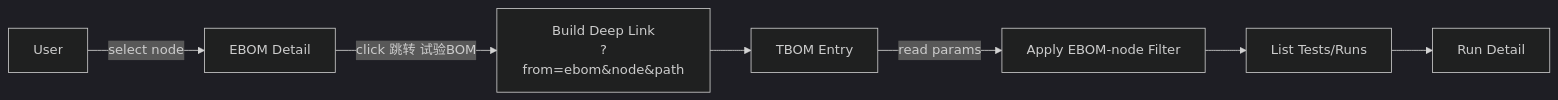
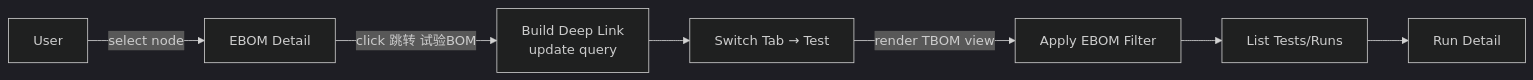
Before and after one commit to DuanDuanPan/CDM-DC: the fifth of 6 diagrams in docs/front-end-spec.md, drawn with Mermaid (dark theme). The commit also changed other lines of this file and 24 other files, not shown here.

````diff
--- a/docs/front-end-spec.md
+++ b/docs/front-end-spec.md
@@ -413,9 +419,9 @@
 ```mermaid
 flowchart LR
   U[User] -->|select node| X[EBOM Detail]
-  X -->|click 跳转 试验BOM| DL[Build Deep Link\n?from=ebom&node&path]
-  DL --> T[TBOM Entry]
-  T -->|read params| F[Apply EBOM-node Filter]
+  X -->|click 跳转 试验BOM| DL[Build Deep Link\nupdate query]
+  DL --> SW[Switch Tab → Test]
+  SW -->|render TBOM view| F[Apply EBOM Filter]
   F --> L[List Tests/Runs]
   L --> D[Run Detail]
 ```
````
